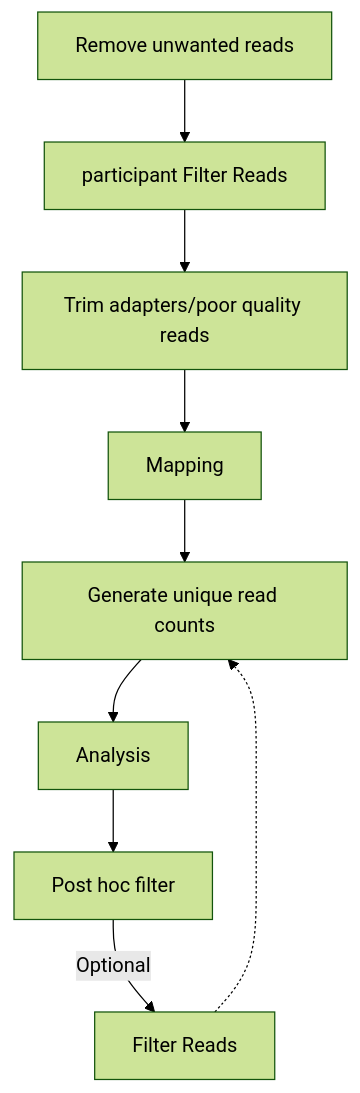
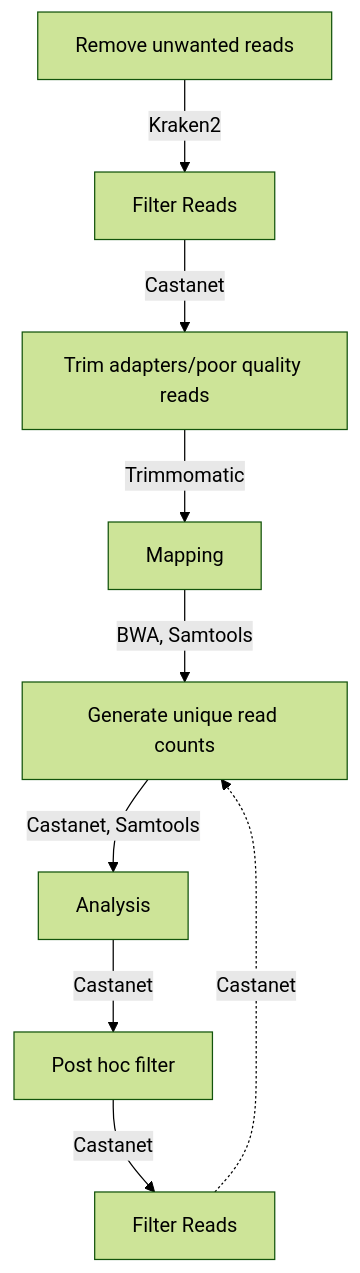
One commit to tgolubch/castanet changed the diagram in README.md. Above: the diagram before and after it, drawn with Mermaid (forest theme).

Commit message:
test: mermaid diagram in readme 5

````diff
--- a/README.md
+++ b/README.md
@@ -26,11 +26,11 @@
 ```mermaid
 flowchart TD
-    A[Remove unwanted reads]-->B[participant Filter Reads]
-    B[participant Filter Reads]-->C[Trim adapters/poor quality reads]
-    C[Trim adapters/poor quality reads]-->D[Mapping]
-    D[Mapping]-->E[Generate unique read counts]
-    E[Generate unique read counts]-->F[Analysis]
-    F[Analysis]-->G[Post hoc filter]
-    G[Post hoc filter]-->|Optional|H[Filter Reads]
-    H[Filter Reads]-.->E
+    A[Remove unwanted reads]-->|Kraken2|B[participant Filter Reads]
+    B[Filter Reads]-->|Castanet|C[Trim adapters/poor quality reads]
+    C[Trim adapters/poor quality reads]-->|Trimmomatic|D[Mapping]
+    D[Mapping]-->|BWA, Samtools|E[Generate unique read counts]
+    E[Generate unique read counts]-->|Castanet, Samtools|F[Analysis]
+    F[Analysis]-->|Castanet|G[Post hoc filter]
+    G[Post hoc filter]-->|Castanet|H[Filter Reads]
+    H[Filter Reads]-.->|Castanet|E
 ```
````
